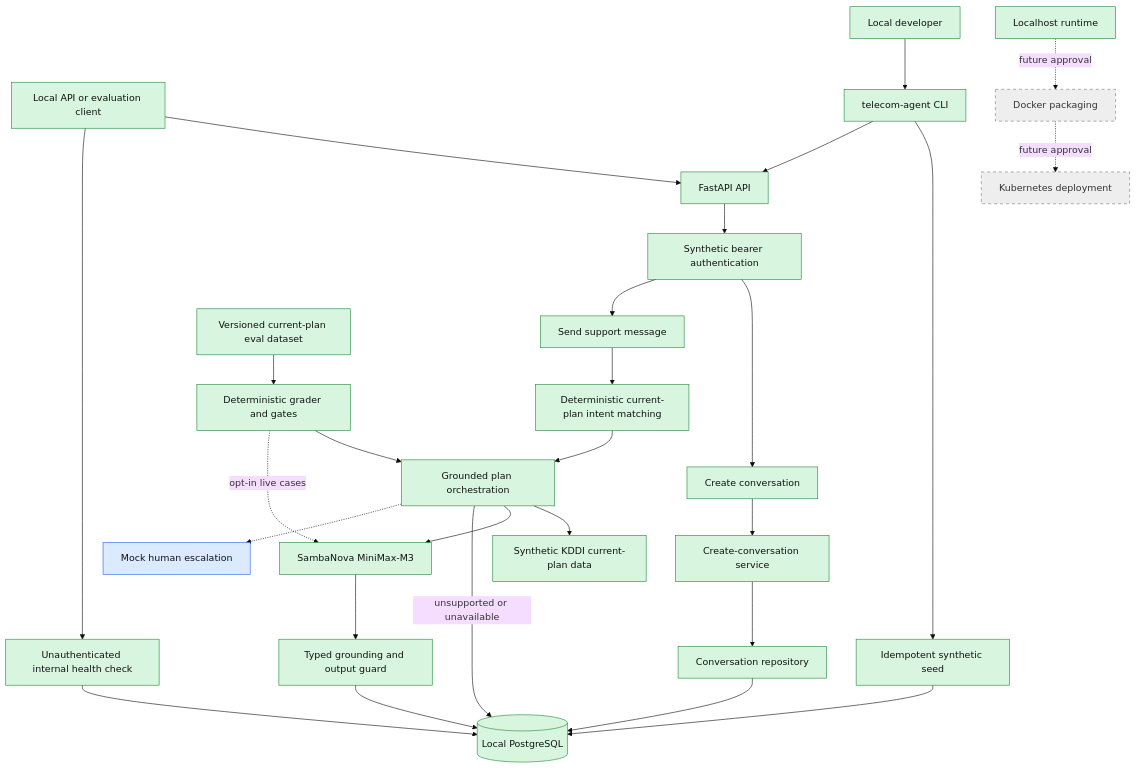
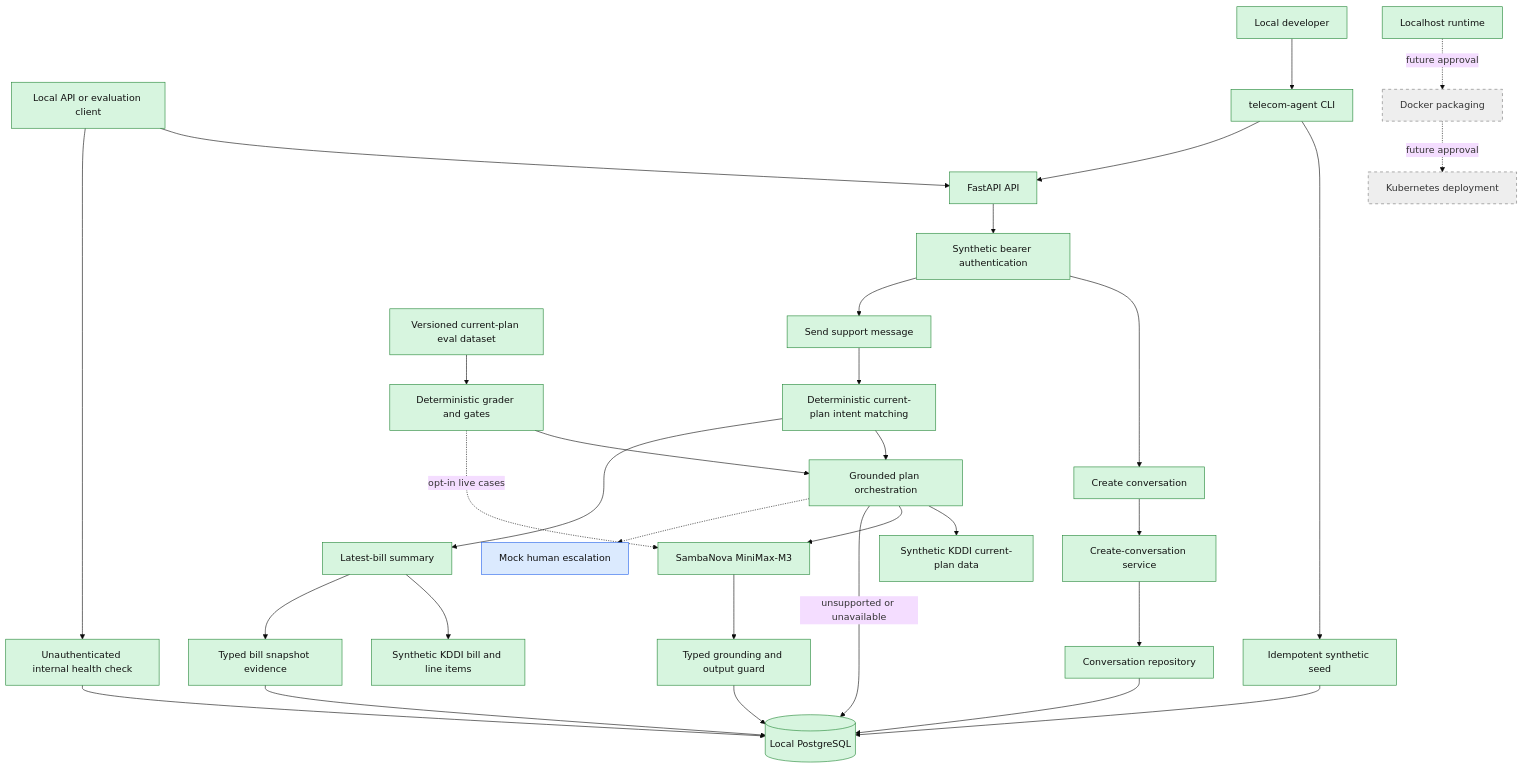
The diagram in docs/ARCHITECTURE.md (reggie-lu/codex-telecom-agent-workspace), drawn with Mermaid (base theme) before and after one commit. The commit also changed other lines of this file and 21 other files, not shown here.

Commit message:
Add grounded latest bill summary

````diff
--- a/docs/ARCHITECTURE.md
+++ b/docs/ARCHITECTURE.md
@@ -170,43 +181,49 @@
 ```mermaid
 flowchart TB
     Client[Local API or evaluation client] --> API[FastAPI API]
     API --> Auth[Synthetic bearer authentication]
     Client --> Health[Unauthenticated internal health check]
     Health --> DB
 
     Developer[Local developer] --> CLI[telecom-agent CLI]
     CLI --> Seed[Idempotent synthetic seed]
     Seed --> DB
     CLI --> API
 
     Auth --> Create[Create conversation]
     Create --> ConversationService[Create-conversation service]
     ConversationService --> ConversationRepo[Conversation repository]
     ConversationRepo --> DB[(Local PostgreSQL)]
 
     Auth --> Message[Send support message]
     Message --> Intent[Deterministic current-plan intent matching]
     Intent --> Support[Grounded plan orchestration]
     Support --> KDDI[Synthetic KDDI current-plan data]
     Support --> Model[SambaNova MiniMax-M3]
     Model --> Guard[Typed grounding and output guard]
     Guard --> DB
     Support -->|unsupported or unavailable| DB
     Support -.-> Escalation[Mock human escalation]
 
+    Intent --> BillSupport[Latest-bill summary]
+    BillSupport --> BillData[Synthetic KDDI bill and line items]
+    BillSupport --> BillEvidence[Typed bill snapshot evidence]
+    BillEvidence --> DB
+
     Dataset[Versioned current-plan eval dataset] --> Eval[Deterministic grader and gates]
     Eval --> Support
     Eval -. opt-in live cases .-> Model
 
     Local[Localhost runtime] -. future approval .-> Docker[Docker packaging]
     Docker -. future approval .-> K8s[Kubernetes deployment]
 
     classDef implemented fill:#d7f5df,stroke:#238636,color:#111
     classDef agreed fill:#dbeafe,stroke:#2563eb,color:#111
     classDef deferred fill:#eeeeee,stroke:#777,color:#333,stroke-dasharray:5 5
 
     class Client,API,Auth,Health,Developer,CLI,Seed,Create,ConversationService,ConversationRepo,Message,Intent,Support,KDDI,Guard,Model,DB,Local implemented
     class Escalation agreed
+    class BillSupport,BillData,BillEvidence implemented
     class Dataset,Eval implemented
     class Docker,K8s deferred
 ```
````
